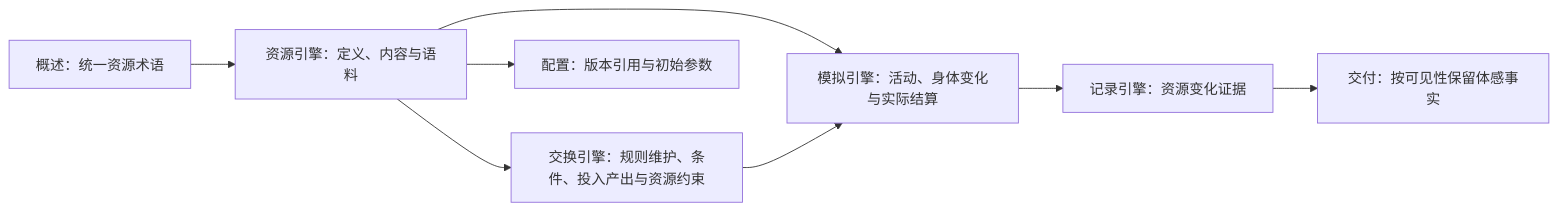
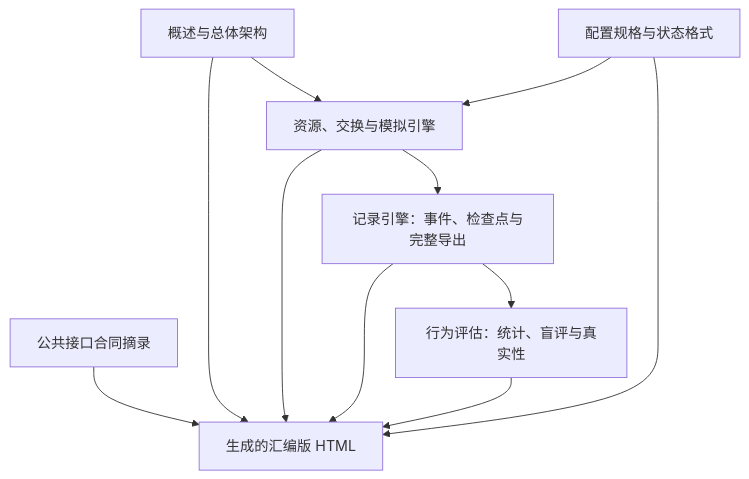
The diagram in docs/design/SUMMARY.md (HoldThatThgt/WorldMock), drawn with Mermaid before and after one commit. The commit also changed other lines of this file and 183 other files, not shown here.

````diff
--- a/docs/design/SUMMARY.md
+++ b/docs/design/SUMMARY.md
@@ -87,10 +17,13 @@
 ```mermaid
-flowchart LR
-    OVERVIEW[概述：统一资源术语] --> RESOURCE[资源引擎：定义、内容与语料]
-    RESOURCE --> EXCHANGE[交换引擎：规则维护、条件、投入产出与资源约束]
-    RESOURCE --> CONFIG[配置：版本引用与初始参数]
-    RESOURCE --> SIMULATION[模拟引擎：活动、身体变化与实际结算]
-    EXCHANGE --> SIMULATION
-    SIMULATION --> TRACE[记录引擎：资源变化证据]
-    TRACE --> DELIVERY[交付：按可见性保留体感事实]
+flowchart TD
+    O[概述与总体架构] --> S[资源、交换与模拟引擎]
+    S --> R[记录引擎：事件、检查点与完整导出]
+    R --> V[行为评估：统计、盲评与真实性]
+    C[配置规格与状态格式] --> S
+    K[公共接口合同摘录] --> H[生成的汇编版 HTML]
+    O --> H
+    S --> H
+    R --> H
+    V --> H
+    C --> H
 ```
````
